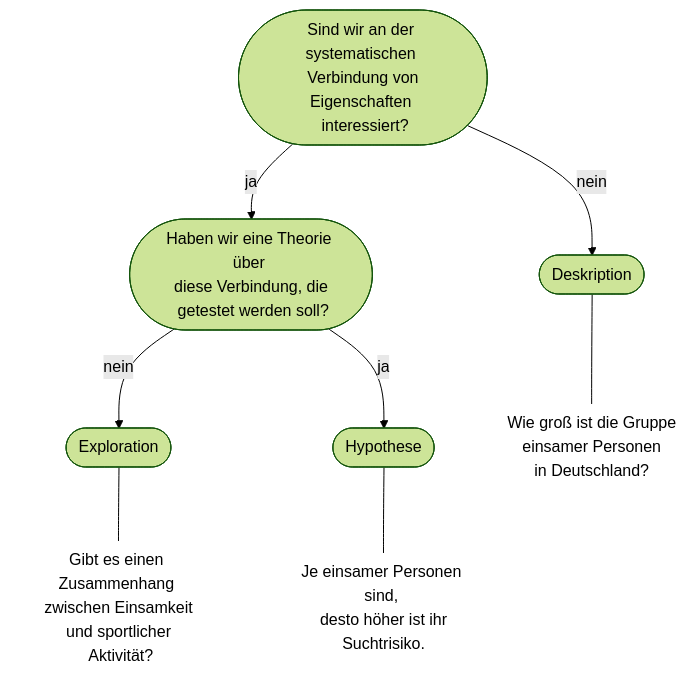
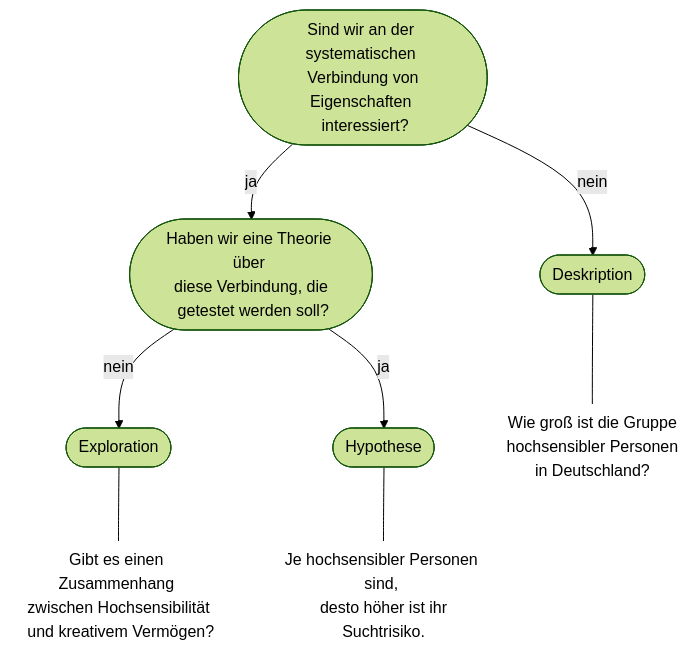
Before and after one commit to HauptSoc/grundlagen.emp.soz: the third of 5 diagrams in slides/04-Messen_Grundlagen.qmd, drawn with Mermaid (forest theme). The commit also changed other lines of this file and 32 other files, not shown here.

````diff
--- a/slides/04-Messen_Grundlagen.qmd
+++ b/slides/04-Messen_Grundlagen.qmd
@@ -166,24 +160,24 @@
 ```{mermaid}
 %%| fig-align: center
 flowchart TD
         A(["Sind wir an der systematischen <br> Verbindung von Eigenschaften <br> interessiert?"])
         DE([Deskription])
         T([Haben wir eine Theorie über <br> diese Verbindung, die <br> getestet werden soll?])
         EX([Exploration])
         HT([Hypothese])
         
-        DE1["Wie groß ist die Gruppe <br> einsamer Personen <br> in Deutschland?"]
+        DE1["Wie groß ist die Gruppe <br> hochsensibler Personen <br> in Deutschland?"]
         DE1@{ shape: text}
         
-        EX1["Gibt es einen Zusammenhang <br> zwischen Einsamkeit <br> und sportlicher <br> Aktivität?"]
+        EX1["Gibt es einen Zusammenhang <br> zwischen Hochsensibilität <br> und kreativem Vermögen?"]
         EX1@{ shape: text}       
         
-        HT1["Je einsamer Personen sind, <br> desto höher ist ihr Suchtrisiko."]
+        HT1["Je hochsensibler Personen sind, <br> desto höher ist ihr Suchtrisiko."]
         HT1@{ shape: text}       
 
         A -->|nein| DE --- DE1
         A -->|ja| T
         T -->|nein| EX --- EX1
         T -->|ja| HT --- HT1
         
 ```
````
